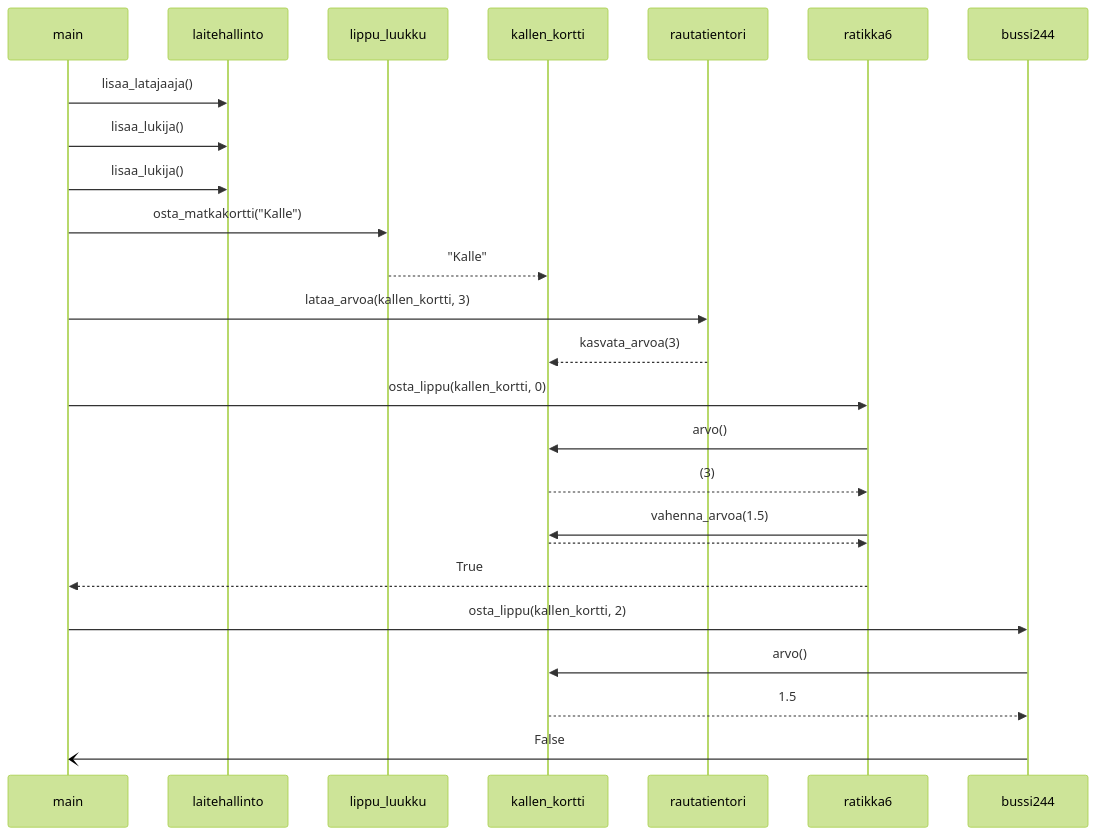
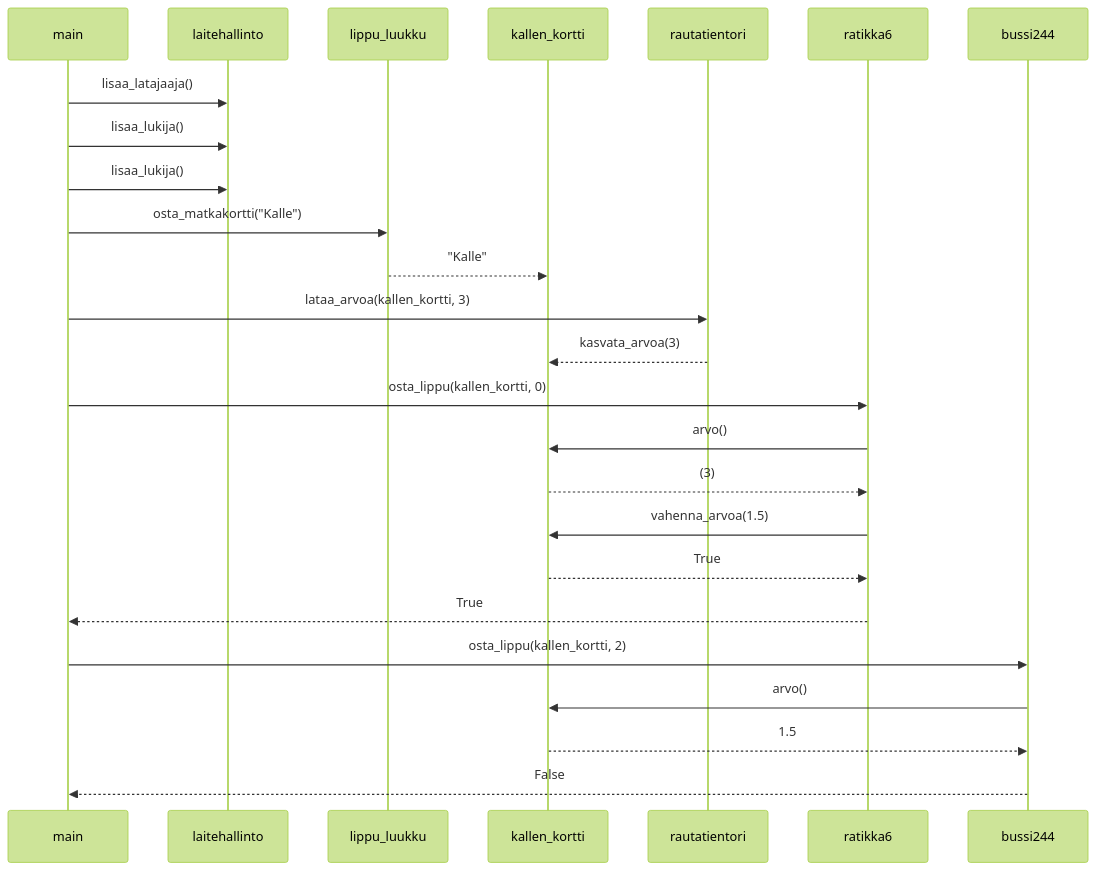
Before and after one commit to eveliinaalikoski/ohte-harjoitustyo: the diagram in laskarit/viikko3/hsl-sekvenssikaavio.md, drawn with Mermaid (forest theme).

Commit message:
sequence diagram hsl

````diff
--- a/laskarit/viikko3/hsl-sekvenssikaavio.md
+++ b/laskarit/viikko3/hsl-sekvenssikaavio.md
@@ -3,20 +3,20 @@
 ```mermaid
 sequenceDiagram
     main ->> laitehallinto: lisaa_latajaaja()
     main ->> laitehallinto: lisaa_lukija()
     main ->> laitehallinto: lisaa_lukija()
     main ->> lippu_luukku: osta_matkakortti("Kalle")
     lippu_luukku -->> kallen_kortti: "Kalle"
     main ->> rautatientori: lataa_arvoa(kallen_kortti, 3)
     rautatientori -->> kallen_kortti: kasvata_arvoa(3)
     main ->> ratikka6: osta_lippu(kallen_kortti, 0)
     ratikka6 ->> kallen_kortti: arvo()
     kallen_kortti -->> ratikka6: (3)
     ratikka6 ->> kallen_kortti: vahenna_arvoa(1.5)
-    kallen_kortti -->> ratikka6:
+    kallen_kortti -->> ratikka6: True
     ratikka6 -->> main: True
     main ->> bussi244: osta_lippu(kallen_kortti, 2)
     bussi244 ->> kallen_kortti: arvo()
     kallen_kortti -->> bussi244: 1.5
-    bussi244 -) main: False
+    bussi244 -->> main: False
 ```
````
